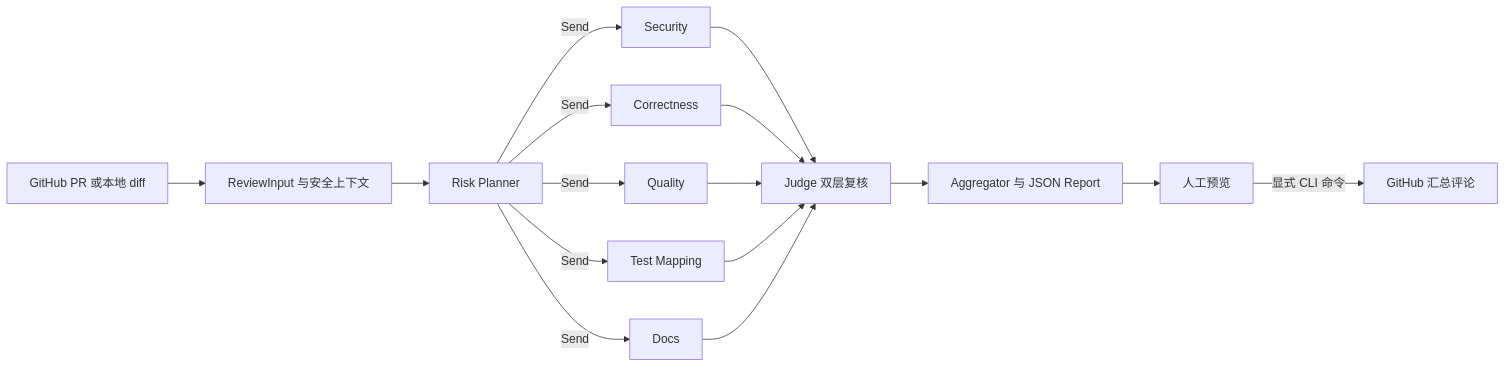
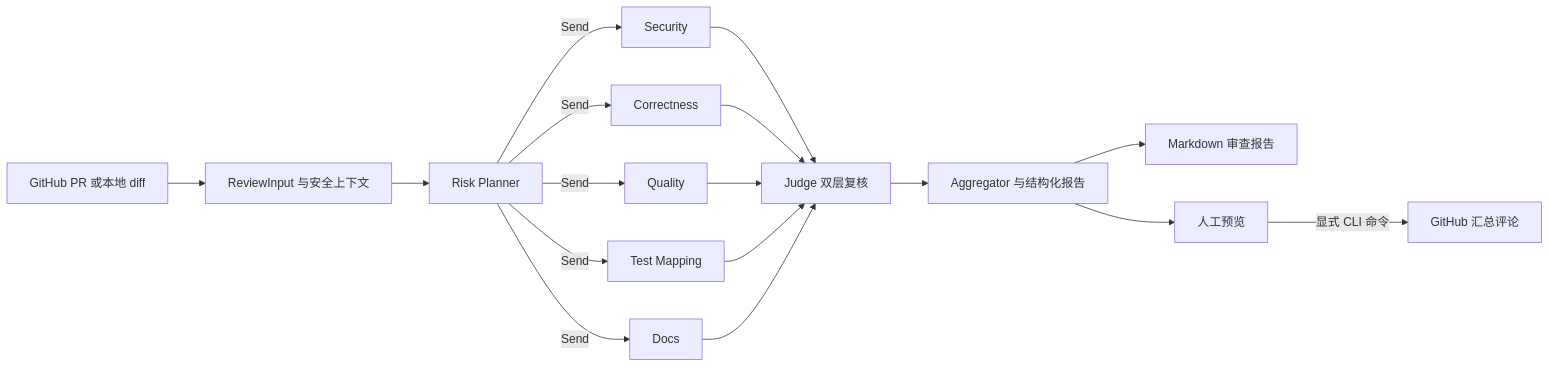
One commit to hellolc666/multi-agent-code-reviewer changed the diagram in README.md. Above: the diagram before and after it, drawn with Mermaid. The commit also changed other lines of this file and 199 other files, not shown here.

````diff
--- a/README.md
+++ b/README.md
@@ -14,14 +15,15 @@
 ```mermaid
 flowchart LR
   A[GitHub PR 或本地 diff] --> B[ReviewInput 与安全上下文]
   B --> C[Risk Planner]
   C -->|Send| D[Security]
   C -->|Send| E[Correctness]
   C -->|Send| F[Quality]
   C -->|Send| G[Test Mapping]
   C -->|Send| H[Docs]
   D & E & F & G & H --> I[Judge 双层复核]
-  I --> J[Aggregator 与 JSON Report]
+  I --> J[Aggregator 与结构化报告]
+  J --> M[Markdown 审查报告]
   J --> K[人工预览]
   K -->|显式 CLI 命令| L[GitHub 汇总评论]
 ```
````
